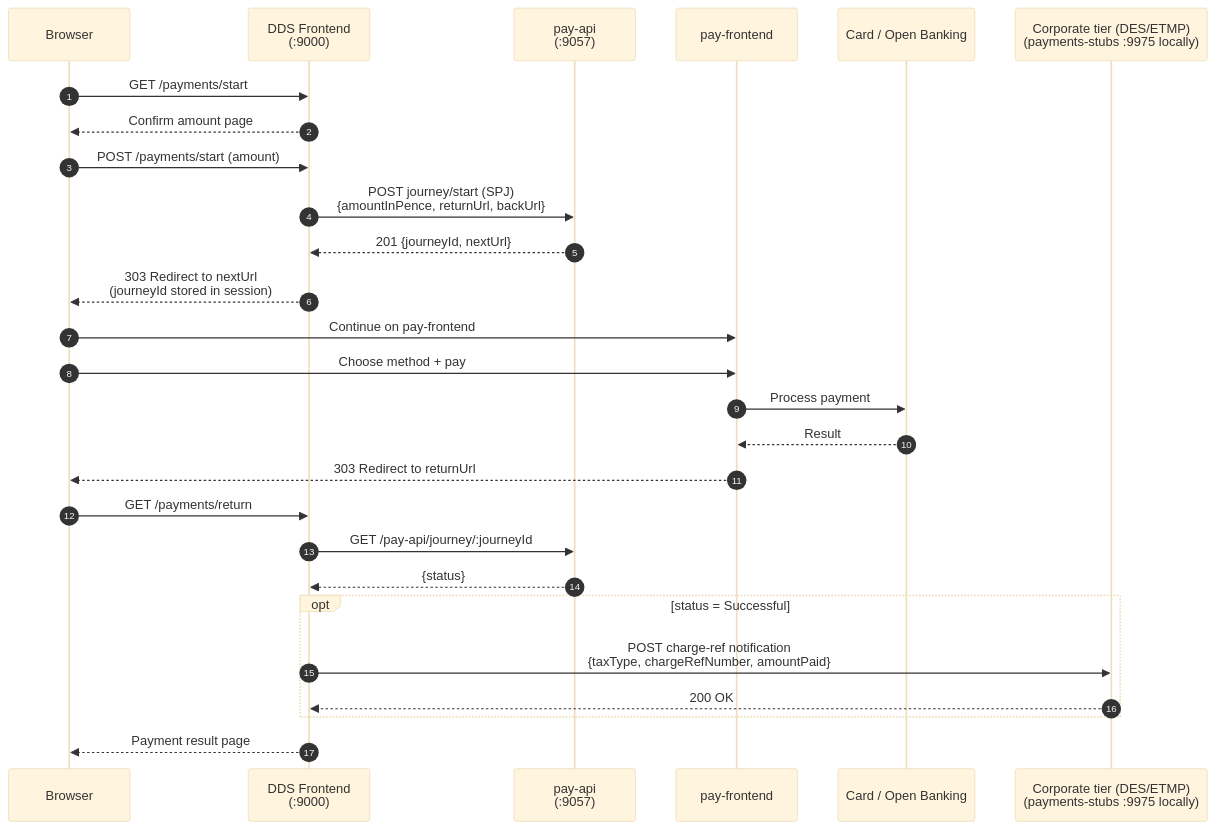
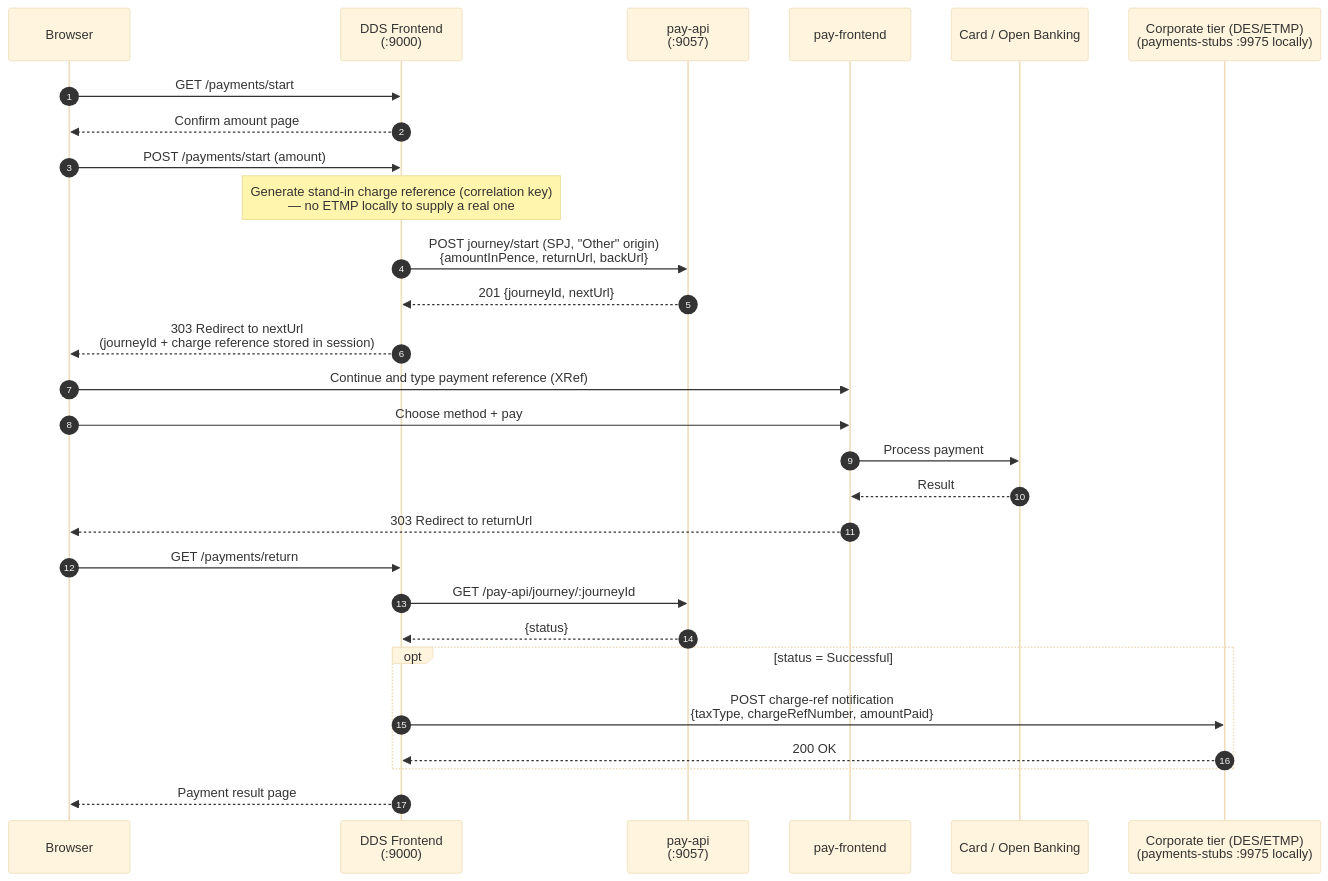
The fifth of 5 diagrams in README.md (hmrc/digital-disclosure-service-alpha-frontend), drawn with Mermaid (base theme) before and after one commit. The commit also changed other lines of this file and 1 other file, not shown here.

First line of the commit message:
UDS-383: Split payments How-it-works into production and PoC diagrams

````diff
--- a/README.md
+++ b/README.md
@@ -320,32 +352,33 @@
 ```mermaid
 sequenceDiagram
     autonumber
     participant User as Browser
     participant DDS as DDS Frontend<br/>(:9000)
     participant PayApi as pay-api<br/>(:9057)
     participant PayFE as pay-frontend
     participant Bank as Card / Open Banking
     participant Corp as Corporate tier (DES/ETMP)<br/>(payments-stubs :9975 locally)
 
     User->>DDS: GET /payments/start
     DDS-->>User: Confirm amount page
     User->>DDS: POST /payments/start (amount)
-    DDS->>PayApi: POST journey/start (SPJ)<br/>{amountInPence, returnUrl, backUrl}
+    Note over DDS: Generate stand-in charge reference (correlation key)<br/>— no ETMP locally to supply a real one
+    DDS->>PayApi: POST journey/start (SPJ, "Other" origin)<br/>{amountInPence, returnUrl, backUrl}
     PayApi-->>DDS: 201 {journeyId, nextUrl}
-    DDS-->>User: 303 Redirect to nextUrl<br/>(journeyId stored in session)
+    DDS-->>User: 303 Redirect to nextUrl<br/>(journeyId + charge reference stored in session)
 
-    User->>PayFE: Continue on pay-frontend
+    User->>PayFE: Continue and type payment reference (XRef)
     User->>PayFE: Choose method + pay
     PayFE->>Bank: Process payment
     Bank-->>PayFE: Result
     PayFE-->>User: 303 Redirect to returnUrl
 
     User->>DDS: GET /payments/return
     DDS->>PayApi: GET /pay-api/journey/:journeyId
     PayApi-->>DDS: {status}
     opt status = Successful
         DDS->>Corp: POST charge-ref notification<br/>{taxType, chargeRefNumber, amountPaid}
         Corp-->>DDS: 200 OK
     end
     DDS-->>User: Payment result page
 ```
````
